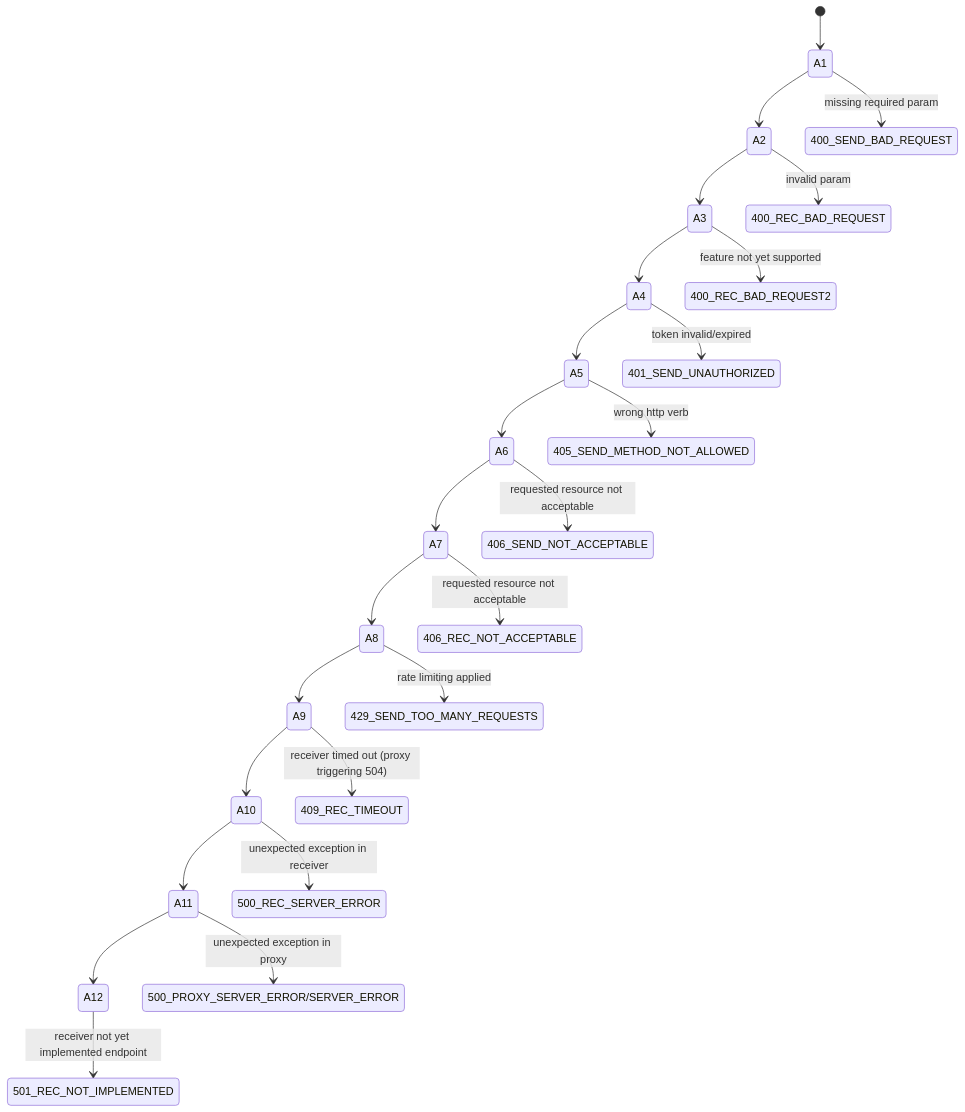
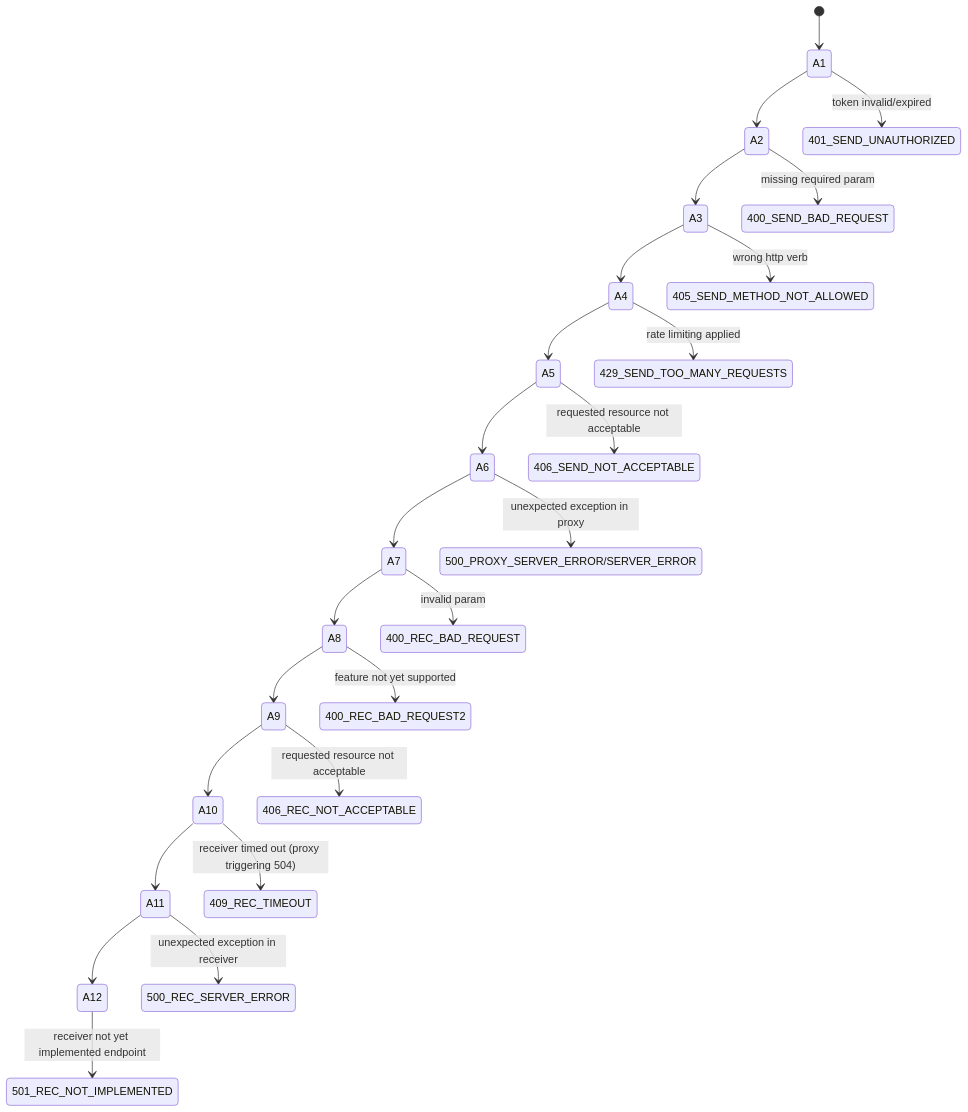
One commit to NHSDigital/booking-and-referral-fhir-api changed the second of 11 diagrams in specification/error-processing-flow.md. Above: the diagram before and after it, drawn with Mermaid. The commit also changed other lines of this file and 1 other file, not shown here.

Commit message:
AMB-1297 update diagram + fix test name

````diff
--- a/specification/error-processing-flow.md
+++ b/specification/error-processing-flow.md
@@ -3,28 +58,28 @@
 ```mermaid
 stateDiagram-v2
     [*] --> A1
     A1 --> A2
     A2 --> A3
     A3 --> A4
     A4 --> A5
     A5 --> A6
     A6 --> A7
     A7 --> A8
     A8 --> A9
     A9 --> A10
     A10 --> A11
     A11 --> A12
 
-    A1 --> 400_SEND_BAD_REQUEST: missing required param
-    A2 --> 400_REC_BAD_REQUEST: invalid param
-    A3 --> 400_REC_BAD_REQUEST2: feature not yet supported
-    A4 --> 401_SEND_UNAUTHORIZED: token invalid/expired
-    A5 --> 405_SEND_METHOD_NOT_ALLOWED: wrong http verb
-    A6 --> 406_SEND_NOT_ACCEPTABLE: requested resource not acceptable
-    A7 --> 406_REC_NOT_ACCEPTABLE: requested resource not acceptable
-    A8 --> 429_SEND_TOO_MANY_REQUESTS: rate limiting applied
-    A9 --> 409_REC_TIMEOUT: receiver timed out (proxy triggering 504)
-    A10 --> 500_REC_SERVER_ERROR: unexpected exception in receiver 
-    A11 --> 500_PROXY_SERVER_ERROR/SERVER_ERROR : unexpected exception in proxy
+    A1 --> 401_SEND_UNAUTHORIZED: token invalid/expired
+    A2 --> 400_SEND_BAD_REQUEST: missing required param
+    A3 --> 405_SEND_METHOD_NOT_ALLOWED: wrong http verb
+    A4 --> 429_SEND_TOO_MANY_REQUESTS: rate limiting applied
+    A5 --> 406_SEND_NOT_ACCEPTABLE: requested resource not acceptable
+    A6 --> 500_PROXY_SERVER_ERROR/SERVER_ERROR : unexpected exception in proxy
+    A7 --> 400_REC_BAD_REQUEST: invalid param
+    A8 --> 400_REC_BAD_REQUEST2: feature not yet supported
+    A9 --> 406_REC_NOT_ACCEPTABLE: requested resource not acceptable
+    A10 --> 409_REC_TIMEOUT: receiver timed out (proxy triggering 504)
+    A11 --> 500_REC_SERVER_ERROR: unexpected exception in receiver 
     A12 --> 501_REC_NOT_IMPLEMENTED: receiver not yet implemented endpoint
 ```
````
